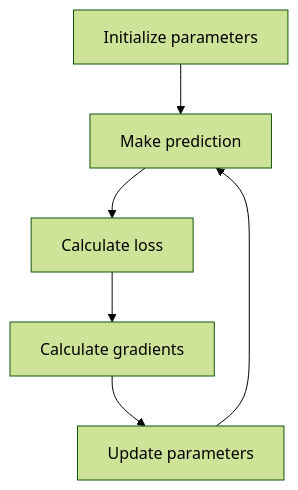
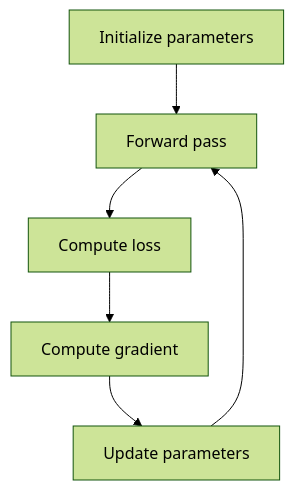
The diagram in Lecture 08 - Gradient Descent: Teaching a Model to Improve/blog.md (manish7725/deeplearning), drawn with Mermaid (forest theme) before and after one commit. The commit also changed other lines of this file and 6 other files, not shown here.

````diff
--- a/Lecture 08 - Gradient Descent: Teaching a Model to Improve/blog.md
+++ b/Lecture 08 - Gradient Descent: Teaching a Model to Improve/blog.md
@@ -145,8 +239,8 @@
 ```mermaid
 flowchart TD
-    A[Initialize parameters] --> B[Make prediction]
-    B --> C[Calculate loss]
-    C --> D[Calculate gradients]
+    A[Initialize parameters] --> B[Forward pass]
+    B --> C[Compute loss]
+    C --> D[Compute gradient]
     D --> E[Update parameters]
     E --> B
 ```
````
